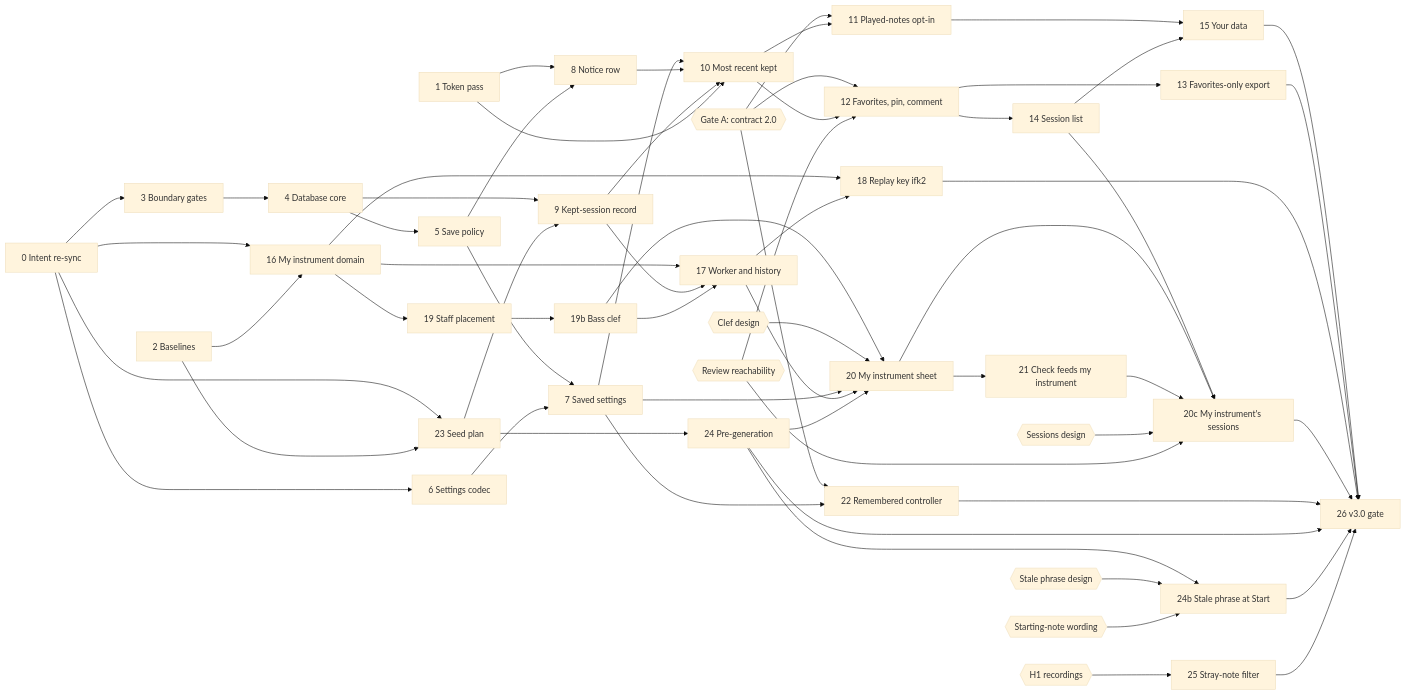
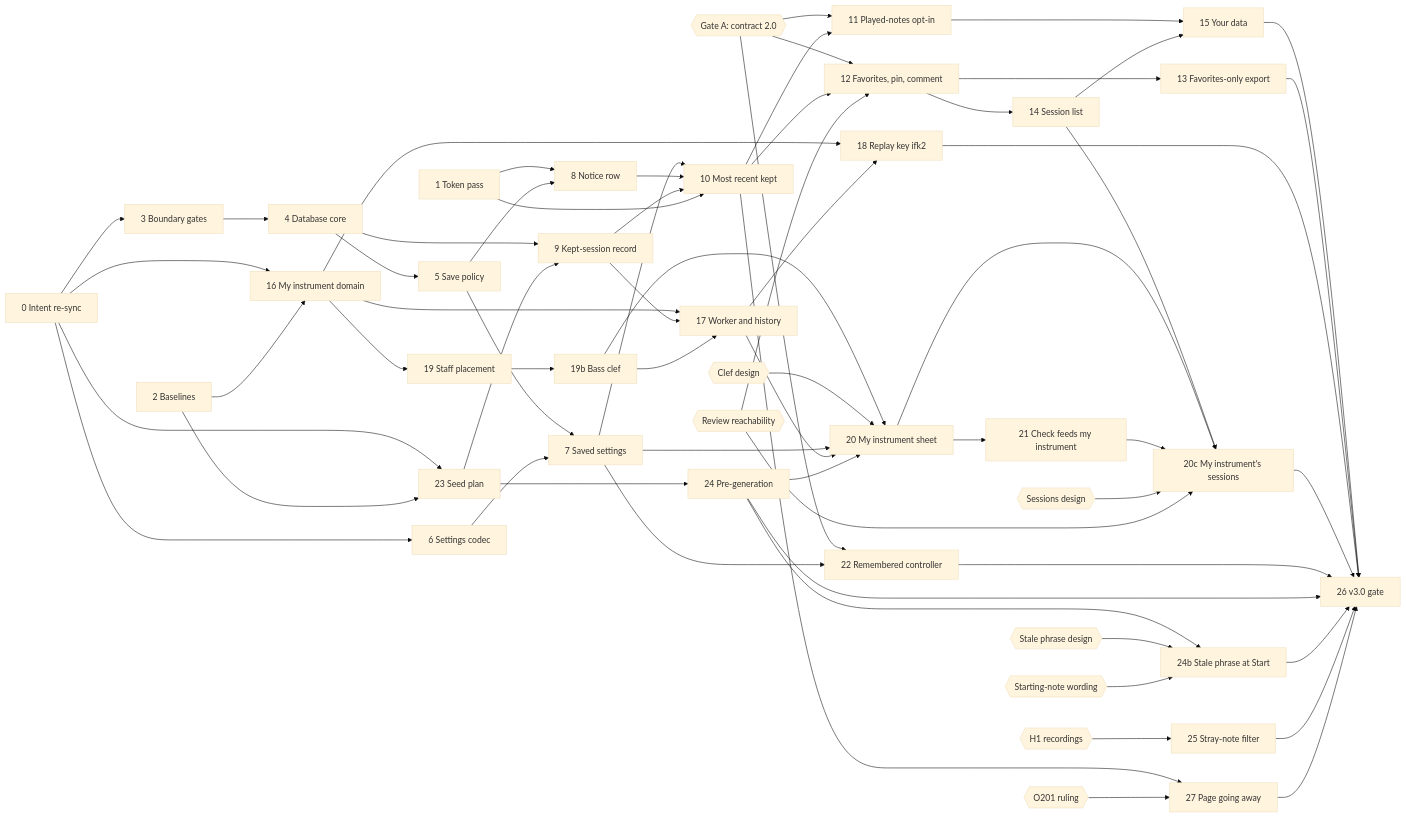
One commit to kluthen/infinite-flow changed the diagram in specs/versions/v3/build-plan.md. Above: the diagram before and after it, drawn with Mermaid (base theme). The commit also changed other lines of this file and 3 other files, not shown here.

````diff
--- a/specs/versions/v3/build-plan.md
+++ b/specs/versions/v3/build-plan.md
@@ -100,63 +99,66 @@
 ```mermaid
 flowchart LR
   C0[0 Intent re-sync] --> C3[3 Boundary gates]
   C0 --> C6[6 Settings codec]
   C0 --> C16[16 My instrument domain]
   C0 --> C23[23 Seed plan]
   C1[1 Token pass] --> C8[8 Notice row]
   C2[2 Baselines] --> C16
   C2 --> C23
   C3 --> C4[4 Database core]
   C4 --> C5[5 Save policy]
   C4 --> C9[9 Kept-session record]
   C23 --> C9
   C5 --> C7[7 Saved settings]
   C6 --> C7
   C5 --> C8
   C7 --> C10[10 Most recent kept]
   C8 --> C10
   C9 --> C10
   C1 --> C10
   GA{{Gate A: contract 2.0}} --> C11
   GA --> C12
   GA --> C22
   C10 --> C11[11 Played-notes opt-in]
   C10 --> C12[12 Favorites, pin, comment]
   C12 --> C13[13 Favorites-only export]
   C12 --> C14[14 Session list]
   C11 --> C15[15 Your data]
   C14 --> C15
   C16 --> C17[17 Worker and history]
   C9 --> C17
   C16 --> C18[18 Replay key ifk2]
   C17 --> C18
   C16 --> C19[19 Staff placement]
   C19 --> C19b[19b Bass clef]
   C19b --> C17
   C19b --> C20
   CD{{Clef design}} --> C20
   C7 --> C20[20 My instrument sheet]
   C17 --> C20
   C24 --> C20
   C20 --> C21[21 Check feeds my instrument]
   C14 --> C20c[20c My instrument's sessions]
   C20 --> C20c
   C21 --> C20c
   SD{{Sessions design}} --> C20c
   RV{{Review reachability}} --> C12
   RV --> C20c
   C7 --> C22[22 Remembered controller]
   C23 --> C24[24 Pre-generation]
   H1{{H1 recordings}} --> C25[25 Stray-note filter]
   C15 --> C26[26 v3.0 gate]
   C13 --> C26
   C18 --> C26
   C20c --> C26
   C22 --> C26
   C24 --> C26
   C24 --> C24b[24b Stale phrase at Start]
   SP{{Stale phrase design}} --> C24b
   SN{{Starting-note wording}} --> C24b
   C24b --> C26
   C25 --> C26
+  C10 --> C27[27 Page going away]
+  O201{{O201 ruling}} --> C27
+  C27 --> C26
 ```
````
